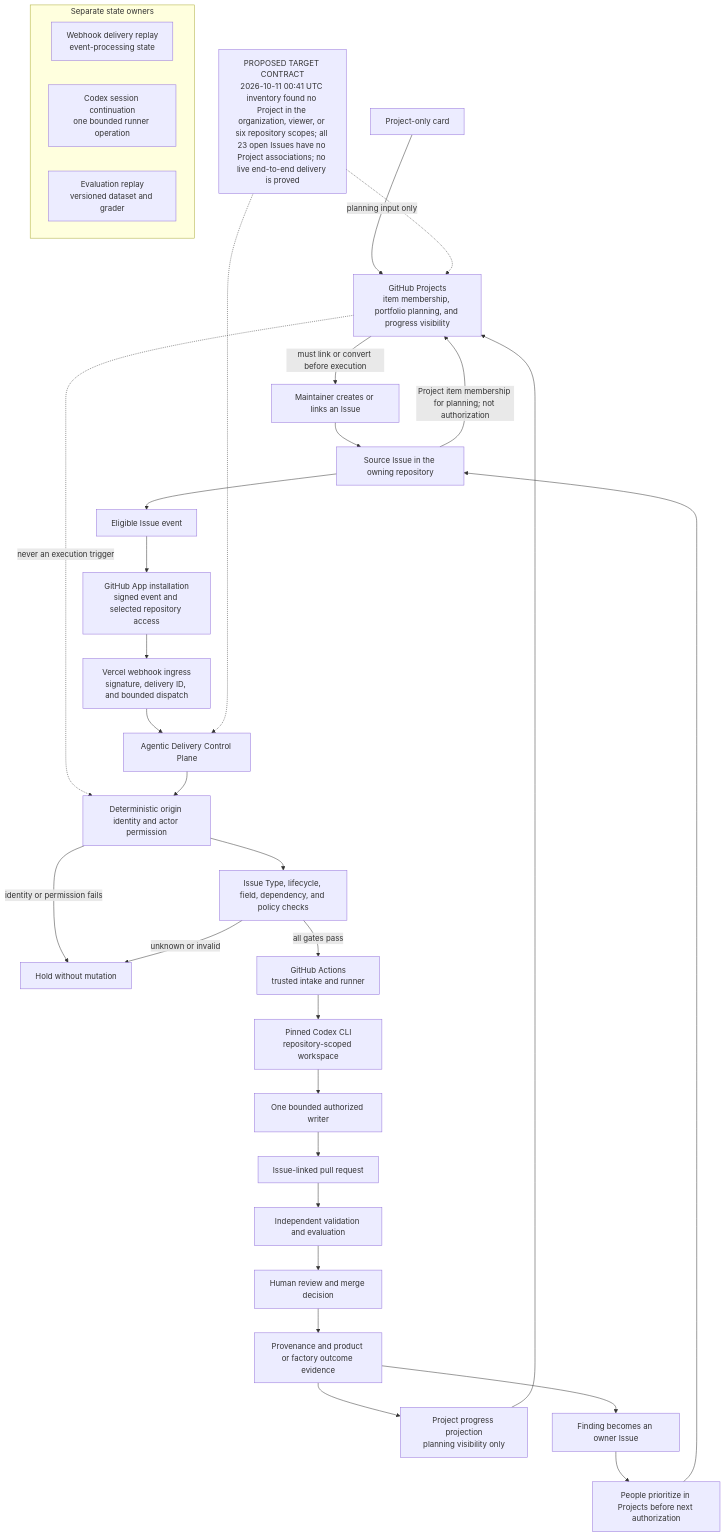
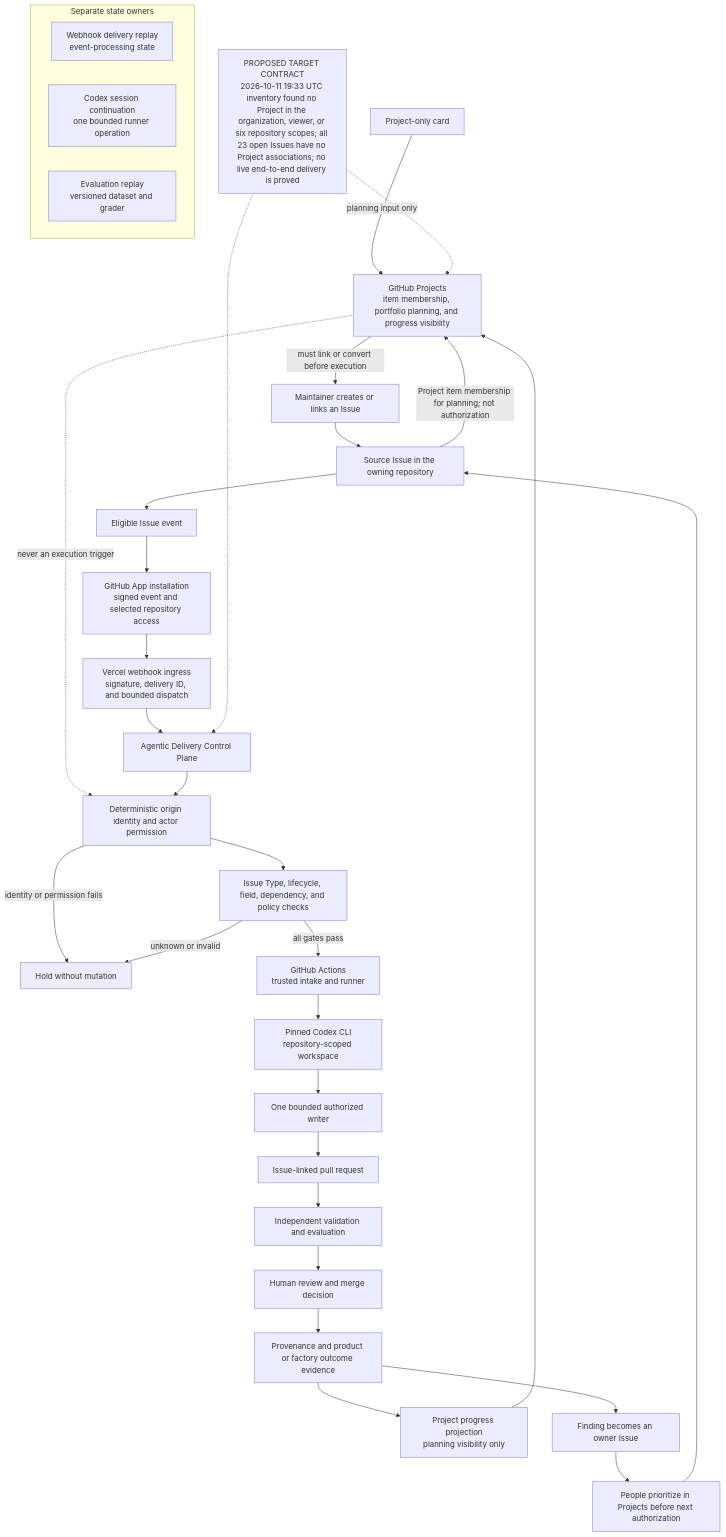
Before and after one commit to agentic-delivery-lab/agentic-delivery-architecture: the diagram in architecture/diagrams/mermaid/project-issue-lifecycle.mmd, drawn with Mermaid. The commit also changed 16 other files, not shown here.

Commit message:
docs(architecture): refresh current portfolio evidence

```diff
--- a/architecture/diagrams/mermaid/project-issue-lifecycle.mmd
+++ b/architecture/diagrams/mermaid/project-issue-lifecycle.mmd
@@ -1,43 +1,43 @@
 flowchart TD
-  STATUS["PROPOSED TARGET CONTRACT<br/>2026-10-11 00:41 UTC inventory found no Project in the organization, viewer, or six repository scopes; all 23 open Issues have no Project associations; no live end-to-end delivery is proved"]
+  STATUS["PROPOSED TARGET CONTRACT<br/>2026-10-11 19:33 UTC inventory found no Project in the organization, viewer, or six repository scopes; all 23 open Issues have no Project associations; no live end-to-end delivery is proved"]
   PROJECT["GitHub Projects<br/>item membership, portfolio planning, and progress visibility"]
   CARD["Project-only card"]
   HUMAN["Maintainer creates or links an Issue"]
   ISSUE["Source Issue in the owning repository"]
   EVENT["Eligible Issue event"]
   APP["GitHub App installation<br/>signed event and selected repository access"]
   INGRESS["Vercel webhook ingress<br/>signature, delivery ID, and bounded dispatch"]
   CONTROL["Agentic Delivery Control Plane"]
   IDENTITY["Deterministic origin identity and actor permission"]
   CONTRACT["Issue Type, lifecycle, field, dependency, and policy checks"]
   HOLD["Hold without mutation"]
   WRITER["One bounded authorized writer"]
   ACTIONS["GitHub Actions<br/>trusted intake and runner"]
   CODEX["Pinned Codex CLI<br/>repository-scoped workspace"]
   PR["Issue-linked pull request"]
   REVIEW["Independent validation and evaluation"]
   MERGE["Human review and merge decision"]
   EVIDENCE["Provenance and product or factory outcome evidence"]
   PROGRESS["Project progress projection<br/>planning visibility only"]
   FINDING["Finding becomes an owner Issue"]
   LOOP["People prioritize in Projects before next authorization"]
 
   CARD -->|"planning input only"| PROJECT
   PROJECT -->|"must link or convert before execution"| HUMAN
   HUMAN --> ISSUE
   ISSUE -->|"Project item membership for planning; not authorization"| PROJECT
   PROJECT -. "never an execution trigger" .-> IDENTITY
   ISSUE --> EVENT --> APP --> INGRESS --> CONTROL --> IDENTITY --> CONTRACT
   IDENTITY -->|"identity or permission fails"| HOLD
   CONTRACT -->|"unknown or invalid"| HOLD
   CONTRACT -->|"all gates pass"| ACTIONS --> CODEX --> WRITER --> PR --> REVIEW --> MERGE --> EVIDENCE
   EVIDENCE --> PROGRESS --> PROJECT
   EVIDENCE --> FINDING --> LOOP --> ISSUE
 
   subgraph REPLAY["Separate state owners"]
     WEBHOOK["Webhook delivery replay<br/>event-processing state"]
     SESSION["Codex session continuation<br/>one bounded runner operation"]
     EVALUATION["Evaluation replay<br/>versioned dataset and grader"]
   end
   STATUS -.-> PROJECT
   STATUS -.-> CONTROL
```
